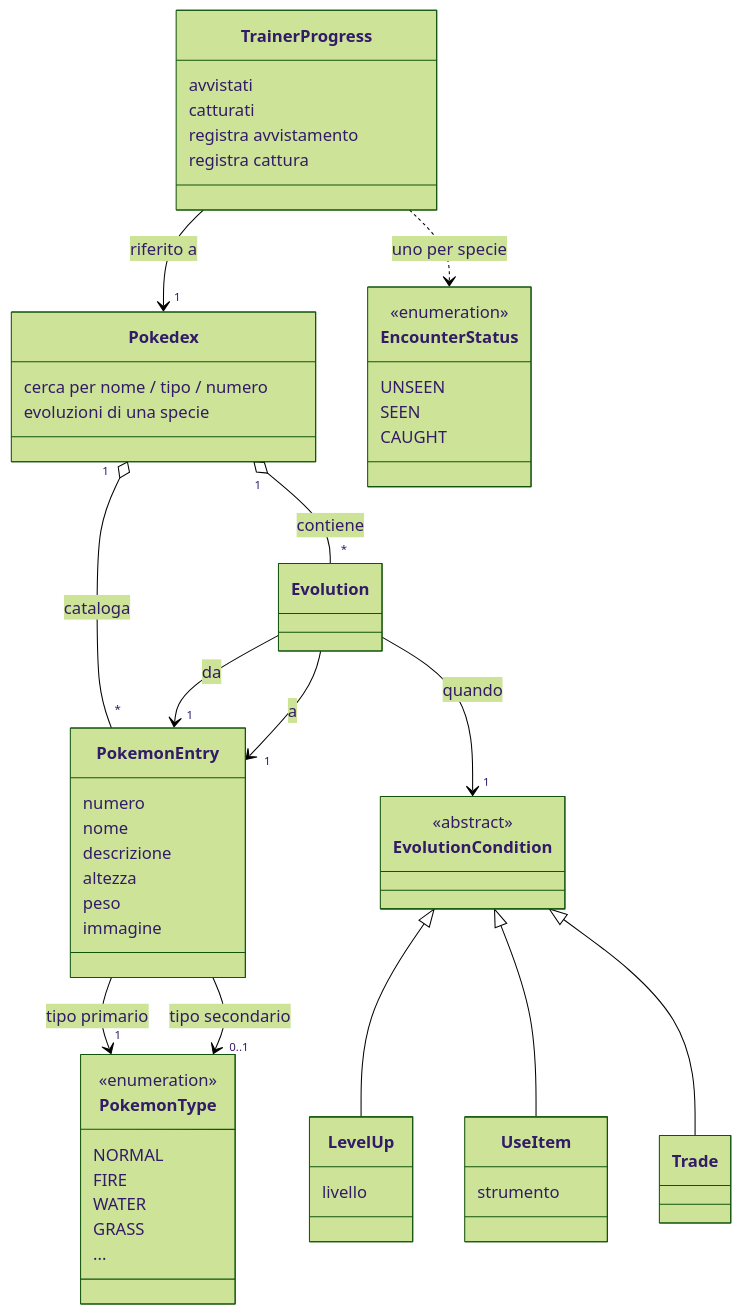
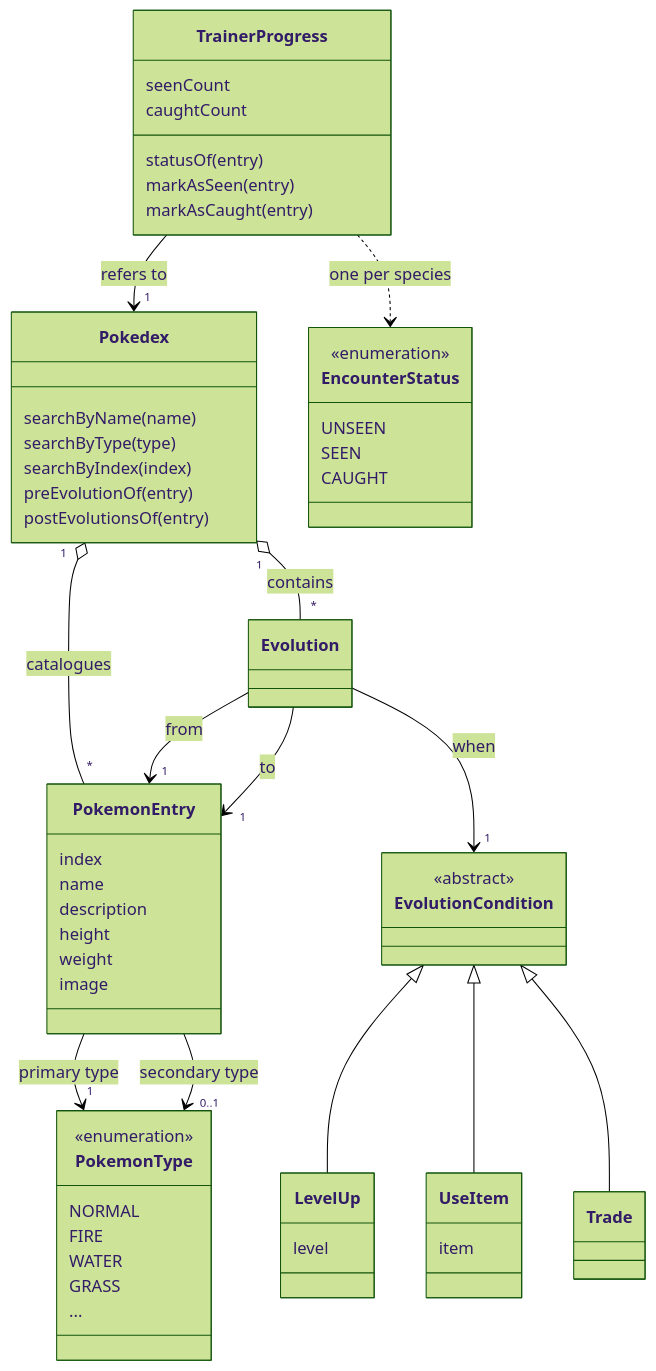
Before and after one commit to cric96/pss-pokedex-fx: the diagram in docs/analisi.md, drawn with Mermaid (forest theme). The commit also changed other lines of this file and 5 other files, not shown here.

First line of the commit message:
docs: analysis, architecture and detailed design following the report template

````diff
--- a/docs/analisi.md
+++ b/docs/analisi.md
@@ -59,59 +62,63 @@
 ```mermaid
 classDiagram
     class Pokedex {
-        cerca per nome / tipo / numero
-        evoluzioni di una specie
+        searchByName(name)
+        searchByType(type)
+        searchByIndex(index)
+        preEvolutionOf(entry)
+        postEvolutionsOf(entry)
     }
     class PokemonEntry {
-        numero
-        nome
-        descrizione
-        altezza
-        peso
-        immagine
+        index
+        name
+        description
+        height
+        weight
+        image
     }
     class PokemonType {
         <<enumeration>>
         NORMAL
         FIRE
         WATER
         GRASS
         ...
     }
     class Evolution
     class EvolutionCondition {
         <<abstract>>
     }
     class LevelUp {
-        livello
+        level
     }
     class UseItem {
-        strumento
+        item
     }
     class Trade
     class TrainerProgress {
-        avvistati
-        catturati
-        registra avvistamento
-        registra cattura
+        seenCount
+        caughtCount
+        statusOf(entry)
+        markAsSeen(entry)
+        markAsCaught(entry)
     }
     class EncounterStatus {
         <<enumeration>>
         UNSEEN
         SEEN
         CAUGHT
     }
 
-    Pokedex "1" o-- "*" PokemonEntry : cataloga
-    Pokedex "1" o-- "*" Evolution : contiene
-    PokemonEntry --> "1" PokemonType : tipo primario
-    PokemonEntry --> "0..1" PokemonType : tipo secondario
-    Evolution --> "1" PokemonEntry : da
-    Evolution --> "1" PokemonEntry : a
-    Evolution --> "1" EvolutionCondition : quando
+    Pokedex "1" o-- "*" PokemonEntry : catalogues
+    Pokedex "1" o-- "*" Evolution : contains
+    PokemonEntry --> "1" PokemonType : primary type
+    PokemonEntry --> "0..1" PokemonType : secondary type
+    Evolution --> "1" PokemonEntry : from
+    Evolution --> "1" PokemonEntry : to
+    Evolution --> "1" EvolutionCondition : when
     EvolutionCondition <|-- LevelUp
     EvolutionCondition <|-- UseItem
     EvolutionCondition <|-- Trade
-    TrainerProgress --> "1" Pokedex : riferito a
-    TrainerProgress ..> EncounterStatus : uno per specie
+    TrainerProgress --> "1" Pokedex : refers to
+    TrainerProgress ..> EncounterStatus : one per species
 ```
````
